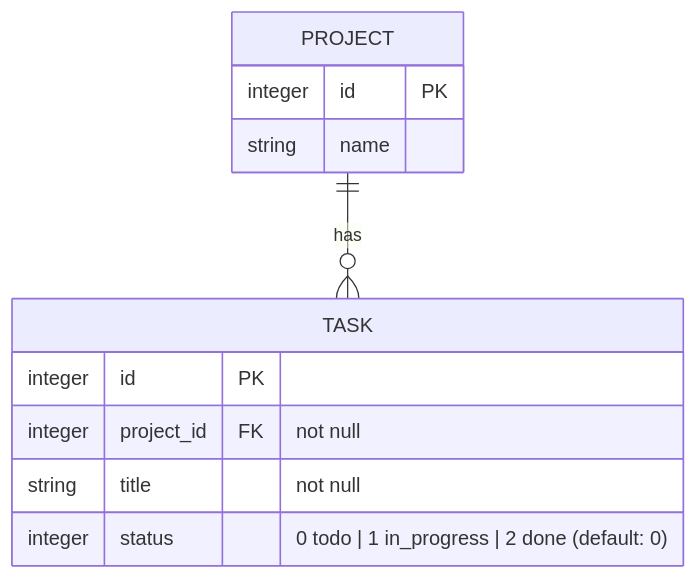
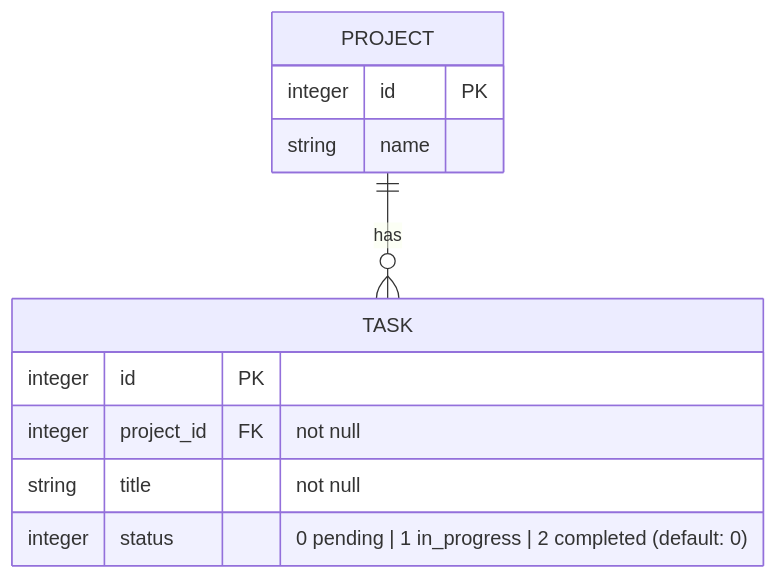
One commit to paradon-sg/BC-Bootcamp changed the diagram in README.md. Above: the diagram before and after it, drawn with Mermaid. The commit also changed other lines of this file, not shown here.

````diff
--- a/README.md
+++ b/README.md
@@ -1185,16 +1207,16 @@
 ```mermaid
 erDiagram
   PROJECT ||--o{ TASK : has
 
   PROJECT {
     integer id PK
     string name
   }
   TASK {
     integer id PK
     integer project_id FK "not null"
     string title "not null"
-    integer status "0 todo | 1 in_progress | 2 done (default: 0)"
+    integer status "0 pending | 1 in_progress | 2 completed (default: 0)"
   }
 
 ```
````
